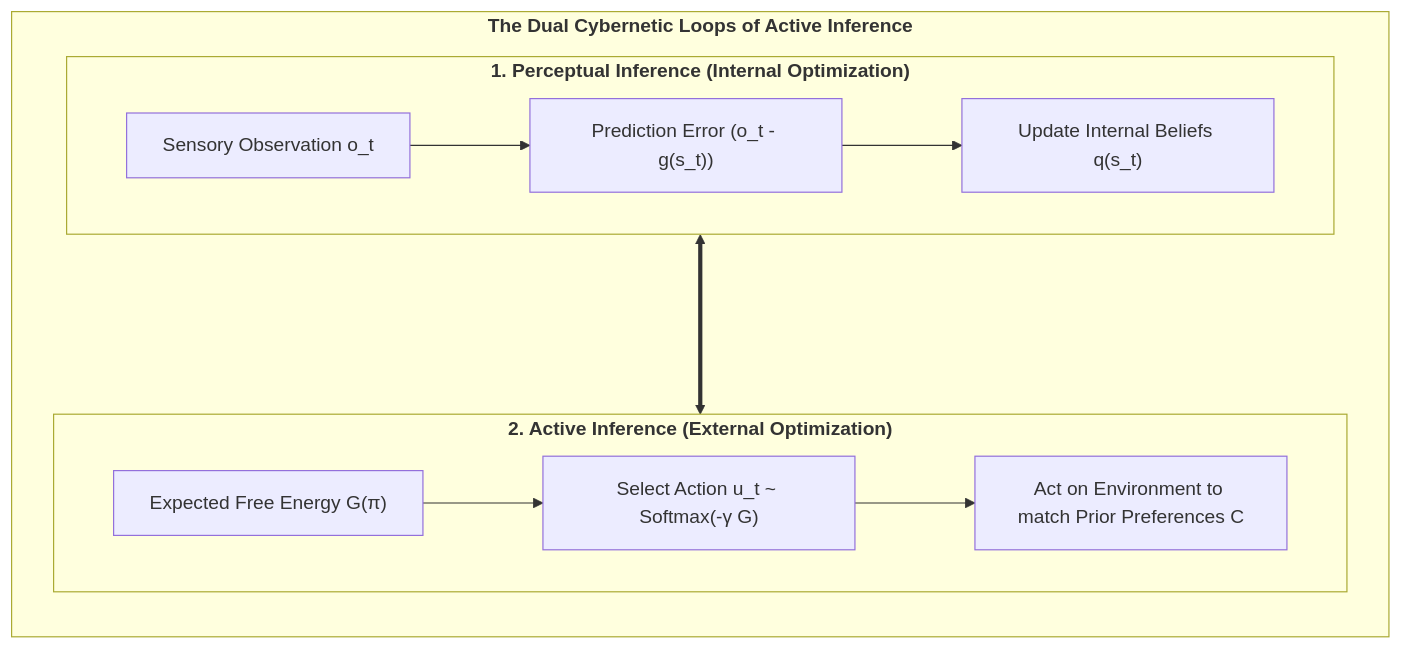
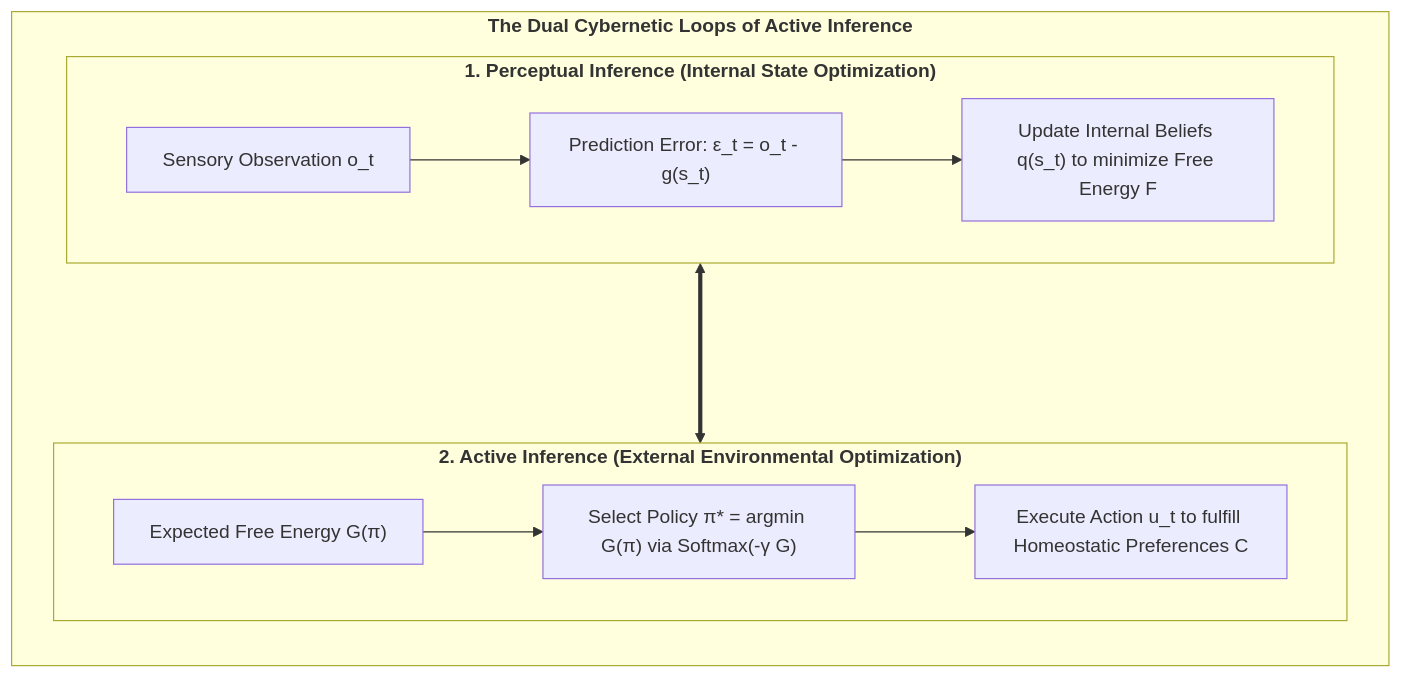
Before and after one commit to Thriebl/active-inference-phi-network: the diagram in book/manuscript_en/02_cybernetic_engine_free_energy_principle.md, drawn with Mermaid. The commit also changed 20 other files, not shown here.

Commit message:
Remove BTW line from dedication and optimize all Mermaid flowcharts for unified readable font size and layout

````diff
--- a/book/manuscript_en/02_cybernetic_engine_free_energy_principle.md
+++ b/book/manuscript_en/02_cybernetic_engine_free_energy_principle.md
@@ -43,18 +43,18 @@
 ```mermaid
-flowchart LR
+flowchart TD
     subgraph DUAL_LOOPS["<b>The Dual Cybernetic Loops of Active Inference</b>"]
         direction TB
         
-        subgraph PERCEPTION["<b>1. Perceptual Inference (Internal Optimization)</b>"]
-            P1["Sensory Observation o_t"] --> P2["Prediction Error (o_t - g(s_t))"]
-            P2 --> P3["Update Internal Beliefs q(s_t)"]
+        subgraph PERCEPTION["<b>1. Perceptual Inference (Internal State Optimization)</b>"]
+            P1["Sensory Observation o_t"] --> P2["Prediction Error: ε_t = o_t - g(s_t)"]
+            P2 --> P3["Update Internal Beliefs q(s_t) to minimize Free Energy F"]
         end
         
-        subgraph ACTION["<b>2. Active Inference (External Optimization)</b>"]
-            A1["Expected Free Energy G(π)"] --> A2["Select Action u_t ~ Softmax(-γ G)"]
-            A2 --> A3["Act on Environment to match Prior Preferences C"]
+        subgraph ACTION["<b>2. Active Inference (External Environmental Optimization)</b>"]
+            A1["Expected Free Energy G(π)"] --> A2["Select Policy π* = argmin G(π) via Softmax(-γ G)"]
+            A2 --> A3["Execute Action u_t to fulfill Homeostatic Preferences C"]
         end
         
         PERCEPTION <===> ACTION
     end
 ```
````
